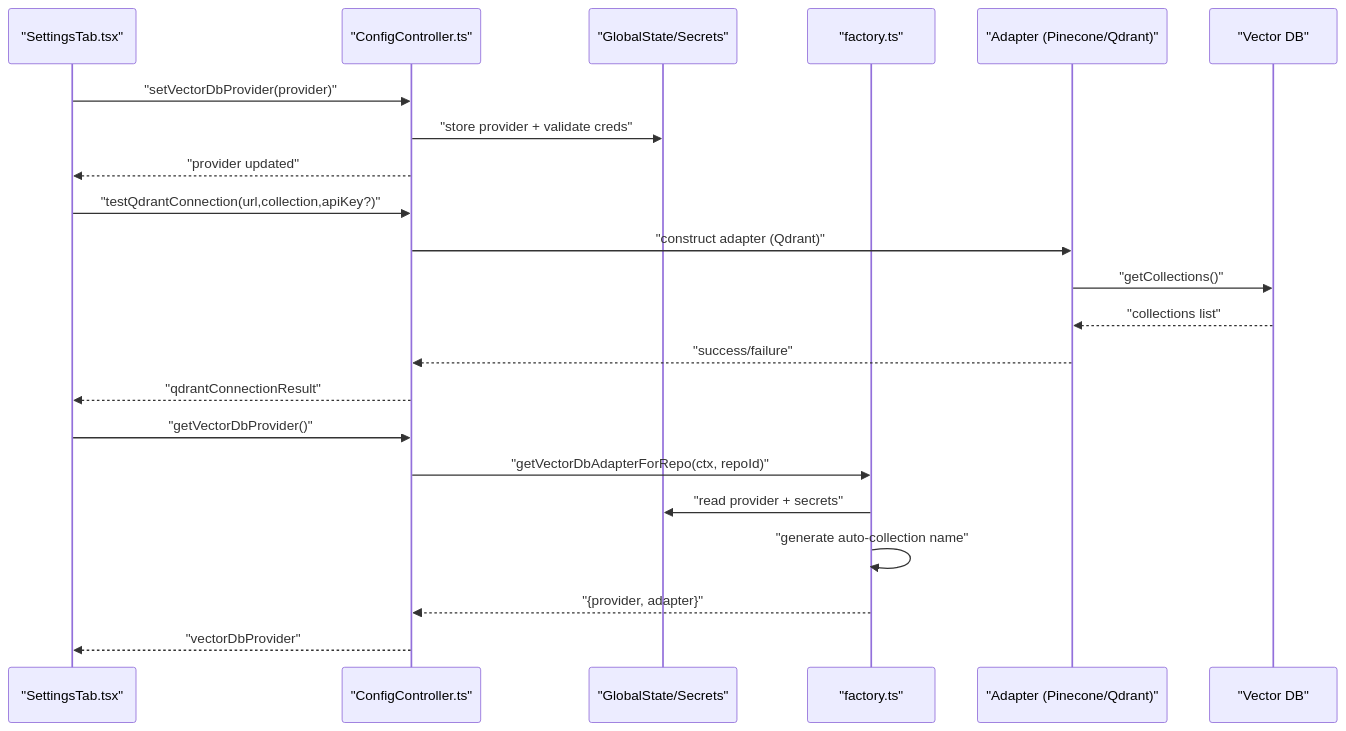
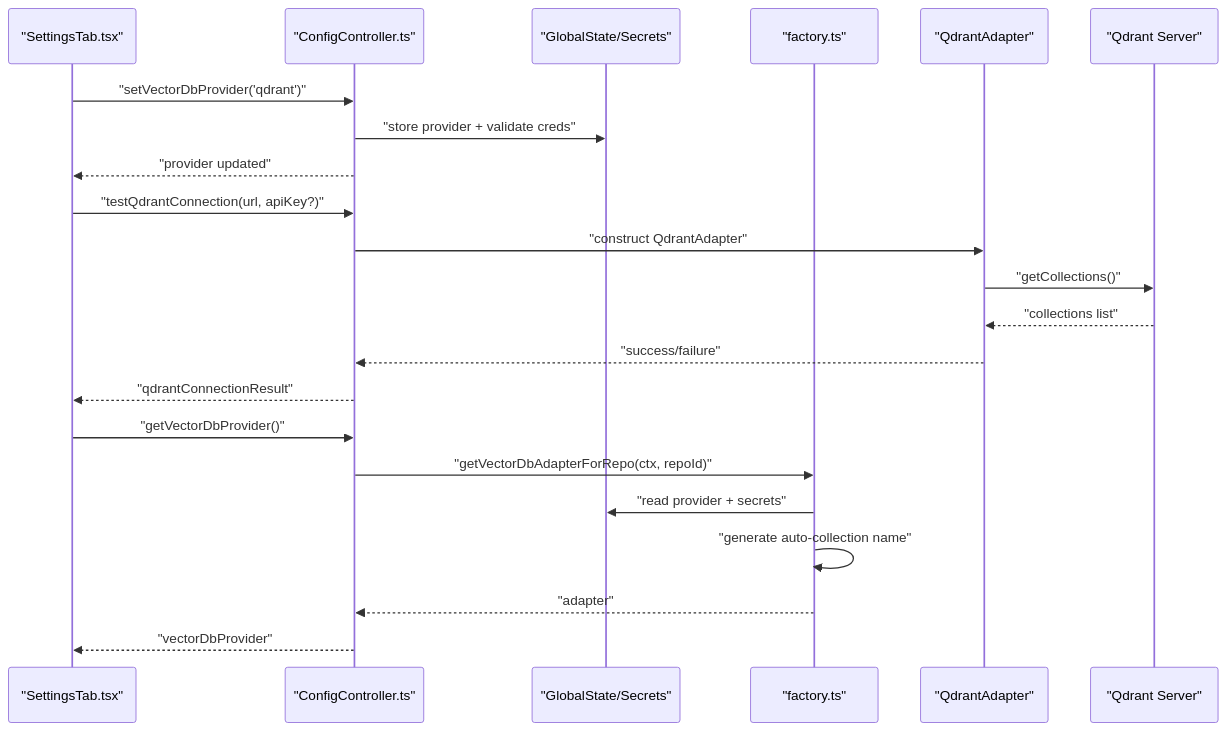
Before and after one commit to bramburn/repomix-runner: the second of 9 diagrams in .qoder/repowiki/en/content/Indexing and Search System/Vector Database Adapters.md, drawn with Mermaid. The commit also changed other lines of this file and 9 other files, not shown here.

````diff
--- a/.qoder/repowiki/en/content/Indexing and Search System/Vector Database Adapters.md
+++ b/.qoder/repowiki/en/content/Indexing and Search System/Vector Database Adapters.md
@@ -127,24 +113,24 @@
 ```mermaid
 sequenceDiagram
 participant UI as "SettingsTab.tsx"
 participant Ctl as "ConfigController.ts"
 participant GS as "GlobalState/Secrets"
 participant Fac as "factory.ts"
-participant Ad as "Adapter (Pinecone/Qdrant)"
-participant DB as "Vector DB"
-UI->>Ctl : "setVectorDbProvider(provider)"
+participant Ad as "QdrantAdapter"
+participant DB as "Qdrant Server"
+UI->>Ctl : "setVectorDbProvider('qdrant')"
 Ctl->>GS : "store provider + validate creds"
 Ctl-->>UI : "provider updated"
-UI->>Ctl : "testQdrantConnection(url,collection,apiKey?)"
-Ctl->>Ad : "construct adapter (Qdrant)"
+UI->>Ctl : "testQdrantConnection(url, apiKey?)"
+Ctl->>Ad : "construct QdrantAdapter"
 Ad->>DB : "getCollections()"
 DB-->>Ad : "collections list"
 Ad-->>Ctl : "success/failure"
 Ctl-->>UI : "qdrantConnectionResult"
 UI->>Ctl : "getVectorDbProvider()"
 Ctl->>Fac : "getVectorDbAdapterForRepo(ctx, repoId)"
 Fac->>GS : "read provider + secrets"
 Fac->>Fac : "generate auto-collection name"
-Fac-->>Ctl : "{provider, adapter}"
+Fac-->>Ctl : "adapter"
 Ctl-->>UI : "vectorDbProvider"
 ```
````
